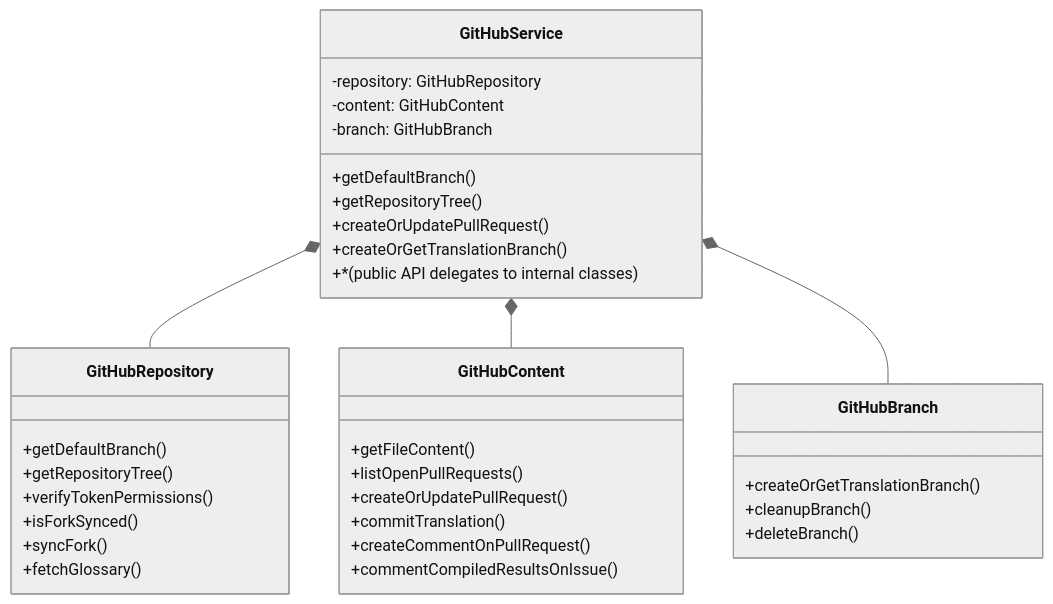
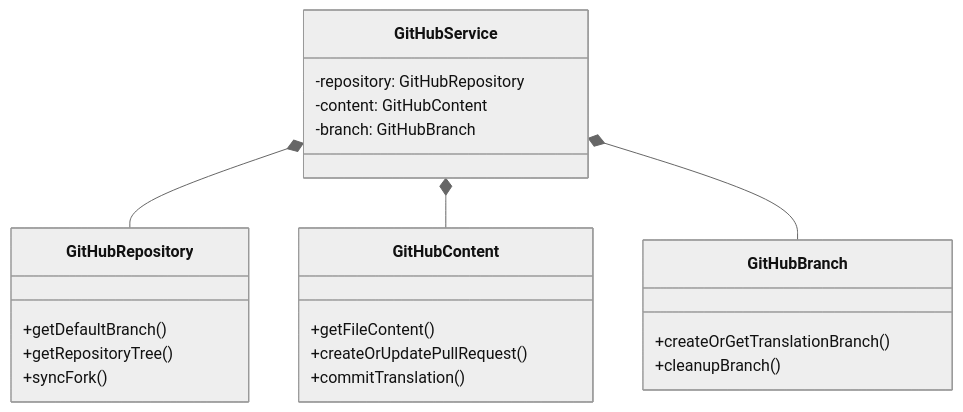
Before and after one commit to NivaldoFarias/translate-react: the second of 3 diagrams in docs/ARCHITECTURE.md, drawn with Mermaid (neutral theme). The commit also changed other lines of this file and 3 other files, not shown here.

````diff
--- a/docs/ARCHITECTURE.md
+++ b/docs/ARCHITECTURE.md
@@ -107,41 +82,25 @@
 ```mermaid
 classDiagram
-    class GitHubRepository {
-        +getDefaultBranch()
-        +getRepositoryTree()
-        +verifyTokenPermissions()
-        +isForkSynced()
-        +syncFork()
-        +fetchGlossary()
-    }
-
-    class GitHubContent {
-        +getFileContent()
-        +listOpenPullRequests()
-        +createOrUpdatePullRequest()
-        +commitTranslation()
-        +createCommentOnPullRequest()
-        +commentCompiledResultsOnIssue()
-    }
-
-    class GitHubBranch {
-        +createOrGetTranslationBranch()
-        +cleanupBranch()
-        +deleteBranch()
-    }
-
     class GitHubService {
         -repository: GitHubRepository
         -content: GitHubContent
         -branch: GitHubBranch
+    }
+    class GitHubRepository {
         +getDefaultBranch()
         +getRepositoryTree()
+        +syncFork()
+    }
+    class GitHubContent {
+        +getFileContent()
         +createOrUpdatePullRequest()
+        +commitTranslation()
+    }
+    class GitHubBranch {
         +createOrGetTranslationBranch()
-        +* (public API delegates to internal classes)
+        +cleanupBranch()
     }
-
     GitHubService *-- GitHubRepository
     GitHubService *-- GitHubContent
     GitHubService *-- GitHubBranch
 ```
````
